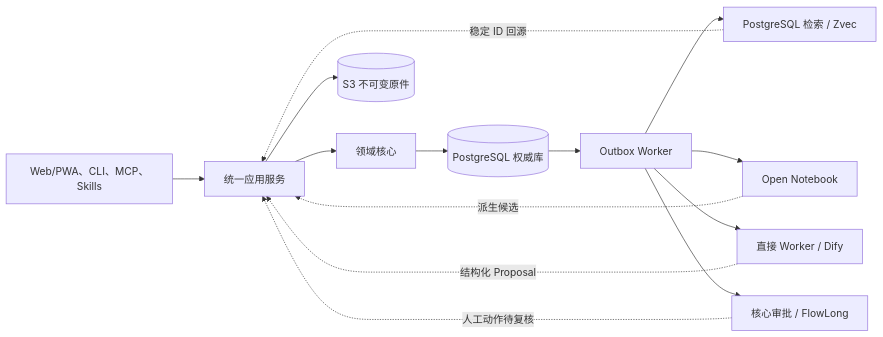
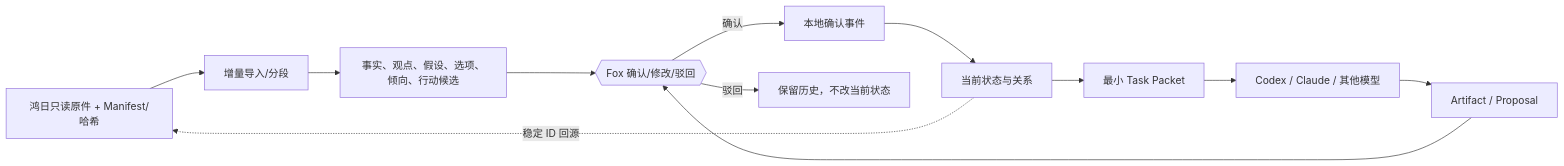
One commit to xingranya/fox changed the second of 3 diagrams in docs/plan/dependency-graph.md. Above: the diagram before and after it, drawn with Mermaid. The commit also changed other lines of this file and 41 other files, not shown here.

````diff
--- a/docs/plan/dependency-graph.md
+++ b/docs/plan/dependency-graph.md
@@ -214,16 +182,18 @@
 ```mermaid
 flowchart LR
-    D_CLIENTS["Web/PWA、CLI、MCP、Skills"] --> D_API["统一应用服务"]
-    D_API --> D_CORE["领域核心"]
-    D_CORE --> D_PG[("PostgreSQL 权威库")]
-    D_API --> D_S3[("S3 不可变原件")]
-    D_PG --> D_OUTBOX["Outbox Worker"]
-    D_OUTBOX --> D_SEARCH["PostgreSQL 检索 / Zvec"]
-    D_OUTBOX --> D_NOTEBOOK["Open Notebook"]
-    D_OUTBOX --> D_DIFY["直接 Worker / Dify"]
-    D_OUTBOX --> D_FLOW["核心审批 / FlowLong"]
-    D_SEARCH -. "稳定 ID 回源" .-> D_API
-    D_NOTEBOOK -. "派生候选" .-> D_API
-    D_DIFY -. "结构化 Proposal" .-> D_API
-    D_FLOW -. "人工动作待复核" .-> D_API
+    RAW["鸿日只读原件 + Manifest/哈希"]
+    INGEST["增量导入/分段"]
+    CANDIDATE["事实、观点、假设、选项、倾向、行动候选"]
+    REVIEW{{"Fox 确认/修改/驳回"}}
+    EVENT["本地确认事件"]
+    STATE["当前状态与关系"]
+    PACKET["最小 Task Packet"]
+    MODEL["Codex / Claude / 其他模型"]
+    OUTPUT["Artifact / Proposal"]
+
+    RAW --> INGEST --> CANDIDATE --> REVIEW
+    REVIEW -->|"确认"| EVENT --> STATE --> PACKET --> MODEL --> OUTPUT
+    OUTPUT --> REVIEW
+    REVIEW -->|"驳回"| HISTORY["保留历史，不改当前状态"]
+    STATE -. "稳定 ID 回源" .-> RAW
 ```
````
